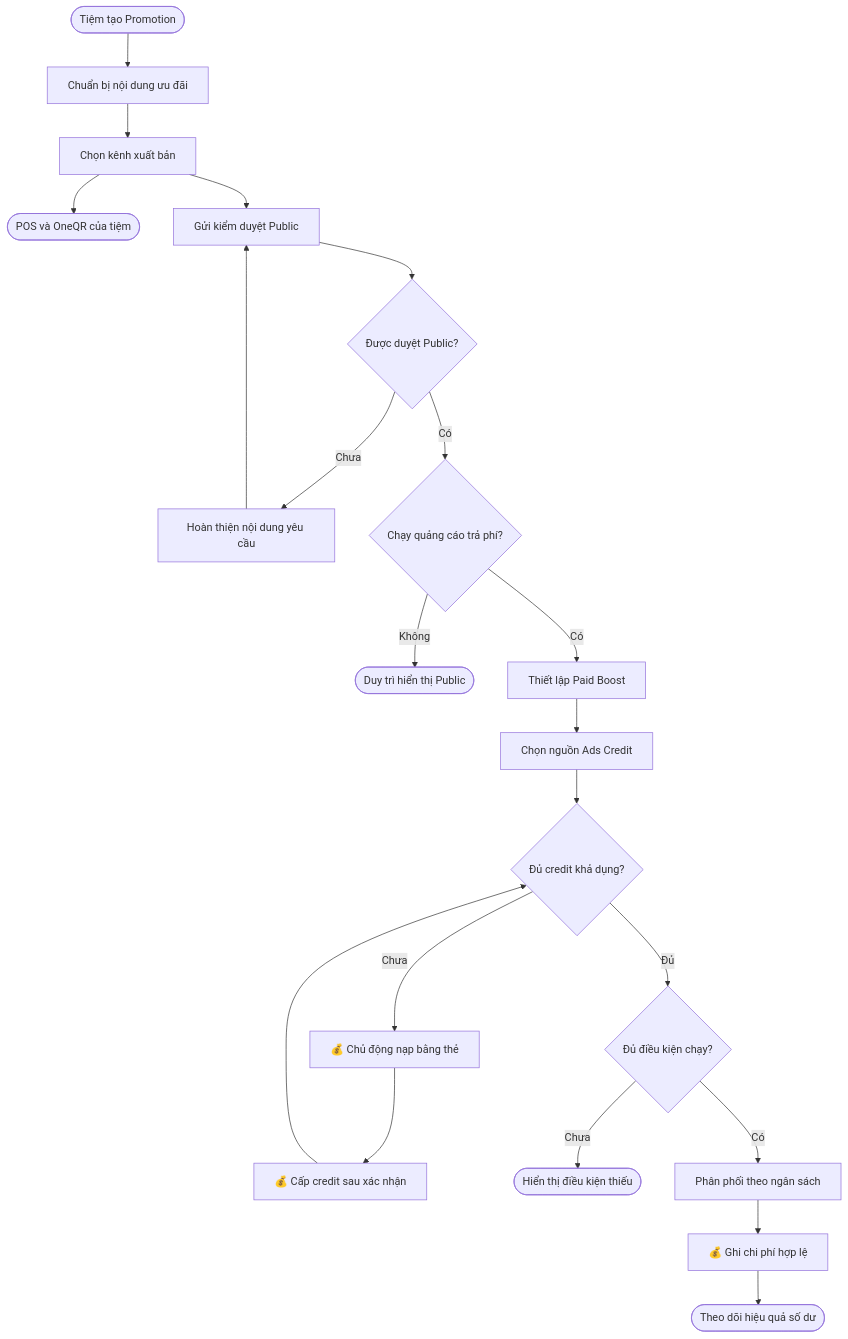
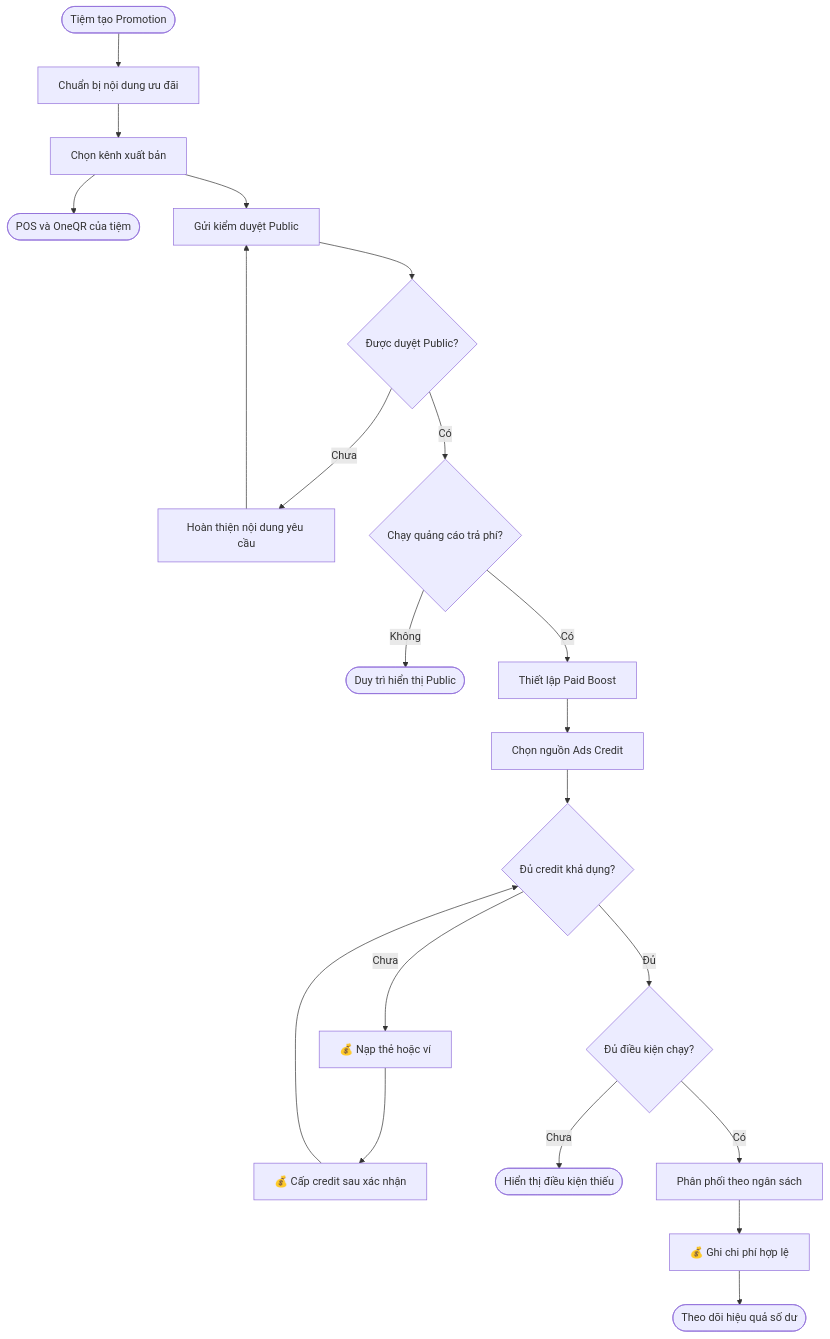
Before and after one commit to vlink-group/VlinkPay: the first of 5 diagrams in nexora/docs/business/promotion-studio-ads-credit-overview.md, drawn with Mermaid. The commit also changed other lines of this file and 3 other files, not shown here.

````diff
--- a/nexora/docs/business/promotion-studio-ads-credit-overview.md
+++ b/nexora/docs/business/promotion-studio-ads-credit-overview.md
@@ -66,23 +83,23 @@
 ```mermaid
 flowchart TD
     A([Tiệm tạo Promotion]) --> B[Chuẩn bị nội dung ưu đãi]
     B --> C[Chọn kênh xuất bản]
     C --> D([POS và OneQR của tiệm])
     C --> E[Gửi kiểm duyệt Public]
     E --> F{Được duyệt Public?}
     F -- Chưa --> G[Hoàn thiện nội dung yêu cầu]
     G --> E
     F -- Có --> H{Chạy quảng cáo trả phí?}
     H -- Không --> I([Duy trì hiển thị Public])
     H -- Có --> J[Thiết lập Paid Boost]
     J --> K[Chọn nguồn Ads Credit]
     K --> L{Đủ credit khả dụng?}
-    L -- Chưa --> M[💰 Chủ động nạp bằng thẻ]
+    L -- Chưa --> M[💰 Nạp thẻ hoặc ví]
     M --> N[💰 Cấp credit sau xác nhận]
     N --> L
     L -- Đủ --> O{Đủ điều kiện chạy?}
     O -- Chưa --> P([Hiển thị điều kiện thiếu])
     O -- Có --> Q[Phân phối theo ngân sách]
     Q --> R[💰 Ghi chi phí hợp lệ]
     R --> S([Theo dõi hiệu quả số dư])
 ```
````
